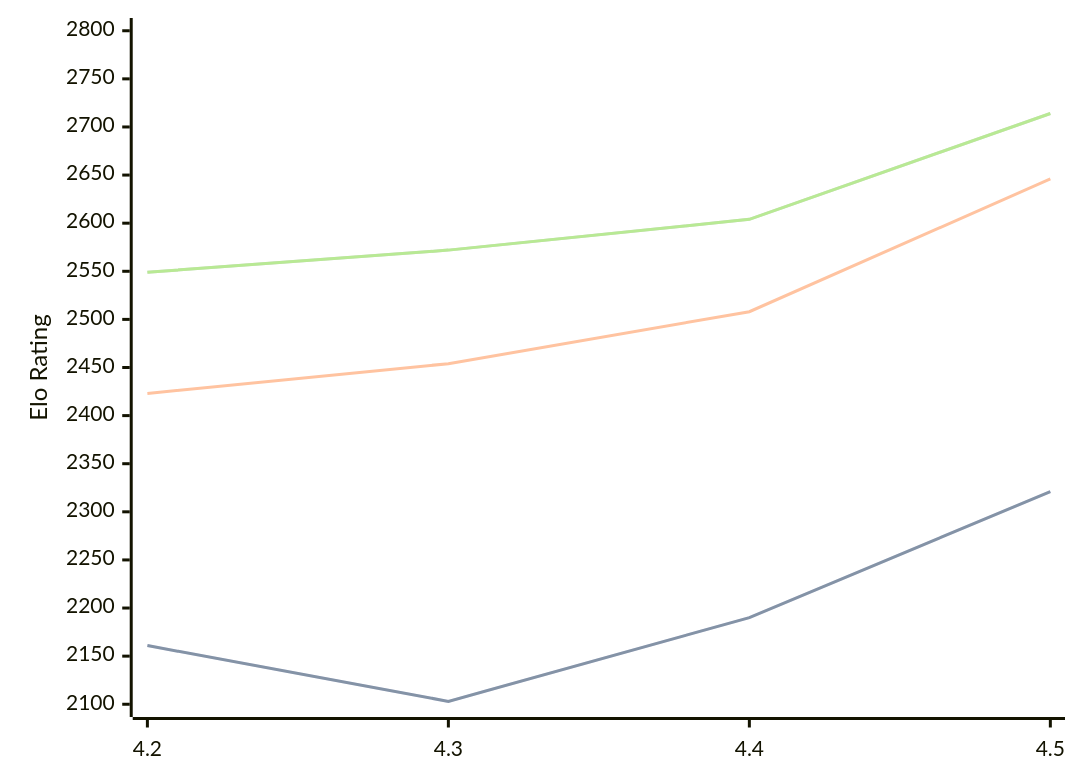
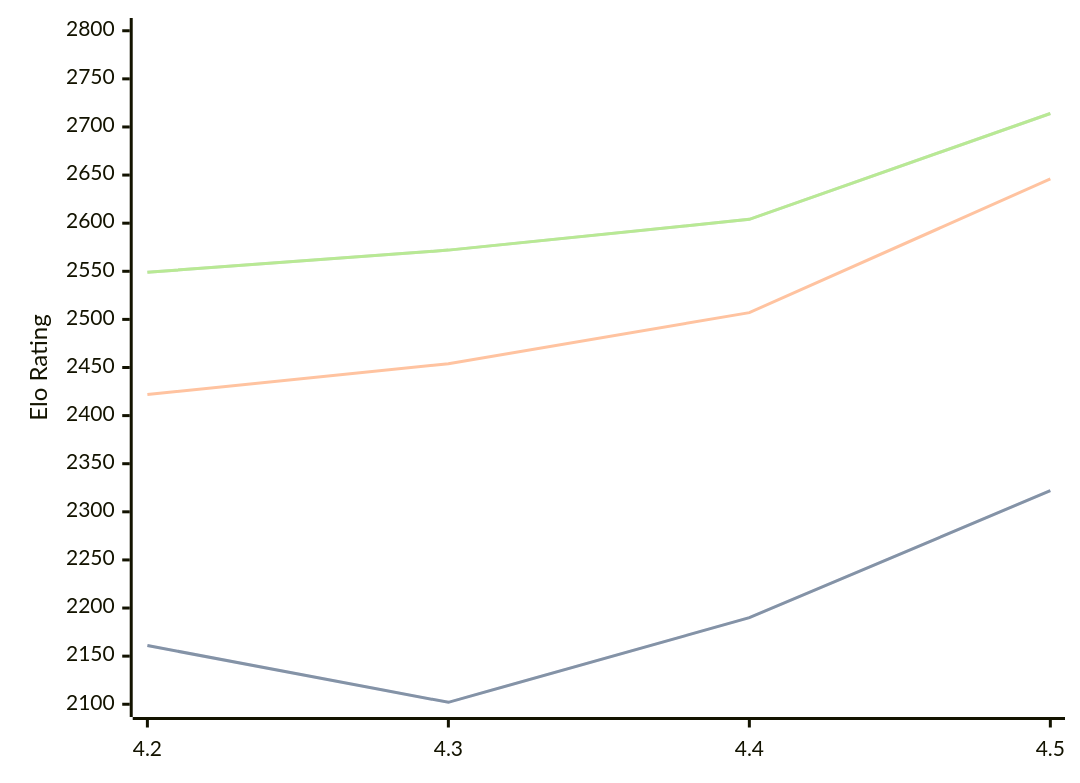
One commit to computer-chess-index/cci changed the diagram in engines/Eubos.md. Above: the diagram before and after it, drawn with Mermaid. The commit also changed other lines of this file, not shown here.

````diff
--- a/engines/Eubos.md
+++ b/engines/Eubos.md
@@ -34,11 +34,11 @@
 ```mermaid
 %%{init: {"theme":"base","themeVariables":{"seriesColors:['#a3a3a3','#222221','#faa371']}}}%%
 xychart-beta
   x-axis ["4.2", "4.3", "4.4", "4.5"]
   y-axis "Elo Rating" 2100 --> 2800
-  line "" [2161, 2103, 2190, 2321]
-  line "STC (8.0+0.08s)" [2161, 2103, 2190, 2321]
-  line "LTC (60.0+0.60s)" [2423, 2454, 2508, 2646]
+  line "" [2161, 2102, 2190, 2322]
+  line "STC (8.0+0.08s)" [2161, 2102, 2190, 2322]
+  line "LTC (60.0+0.60s)" [2422, 2454, 2507, 2646]
   line "" [2549, 2572, 2604, 2714]
   line "VLTC (2m24s+1.12s)" [2549, 2572, 2604, 2714]
 ```
````
